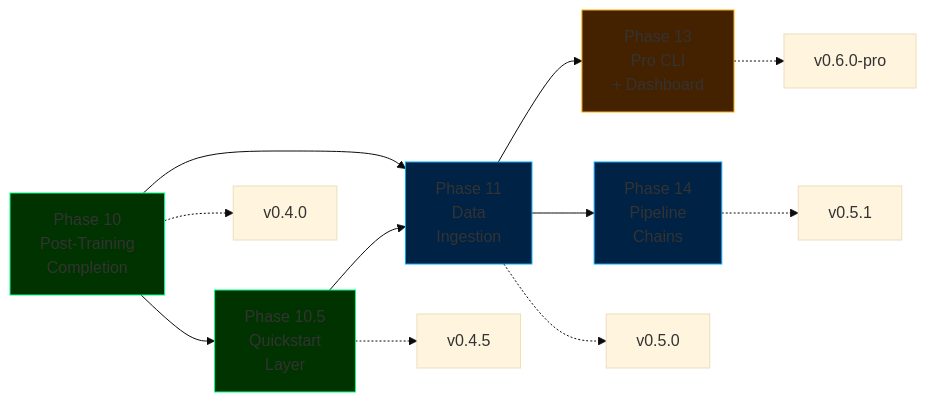
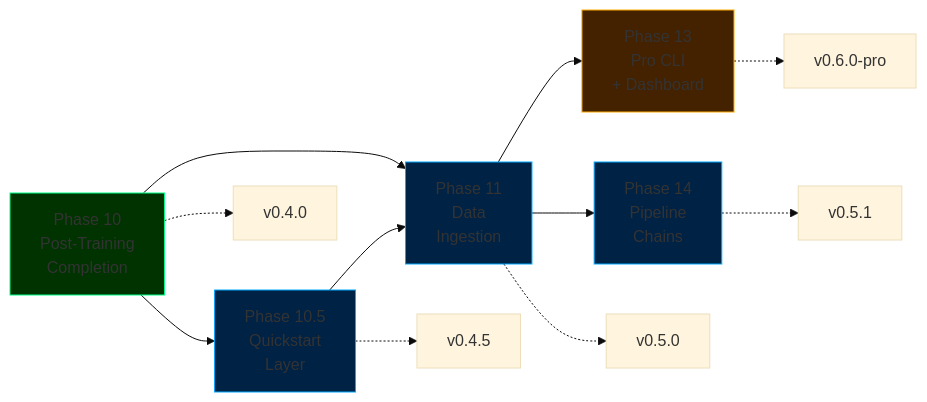
One commit to cemililik/ForgeLM changed the diagram in docs/roadmap.md. Above: the diagram before and after it, drawn with Mermaid (base theme). The commit also changed other lines of this file and 4 other files, not shown here.

First line of the commit message:
docs: align roadmap index with phase files after Phase 10 completion

````diff
--- a/docs/roadmap.md
+++ b/docs/roadmap.md
@@ -23,20 +22,20 @@
 ```mermaid
 graph LR
     P10[Phase 10<br/>Post-Training<br/>Completion] --> P105[Phase 10.5<br/>Quickstart<br/>Layer]
     P10 --> P11[Phase 11<br/>Data<br/>Ingestion]
     P105 --> P11
     P11 --> P13[Phase 13<br/>Pro CLI<br/>+ Dashboard]
     P11 --> P14[Phase 14<br/>Pipeline<br/>Chains]
 
     P10 -.-> V1[v0.4.0]
     P105 -.-> V15[v0.4.5]
     P11 -.-> V2[v0.5.0]
     P14 -.-> V25[v0.5.1]
     P13 -.-> V3[v0.6.0-pro]
 
     style P10 fill:#003300,stroke:#00ff88
-    style P105 fill:#003300,stroke:#00ff88
+    style P105 fill:#002244,stroke:#00aaff
     style P11 fill:#002244,stroke:#00aaff
     style P13 fill:#442200,stroke:#ffaa00
     style P14 fill:#002244,stroke:#00aaff
 ```
````
